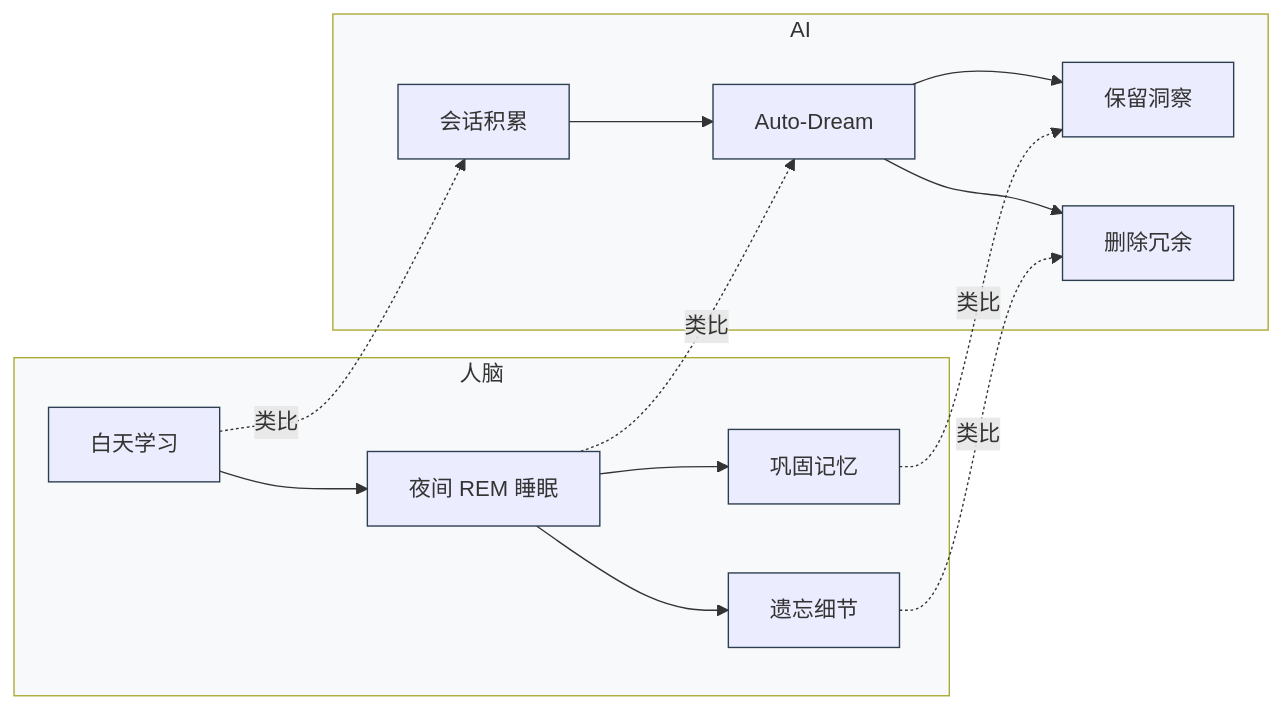
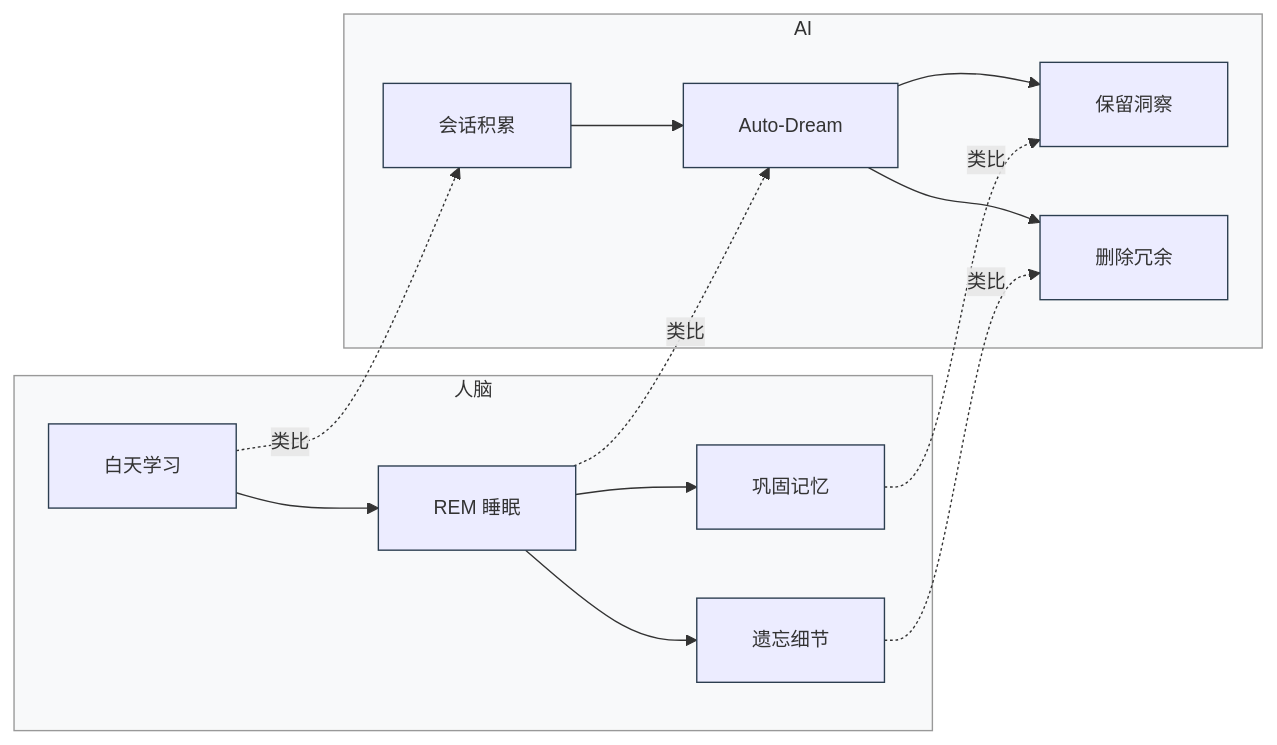
Before and after one commit to yufengyuanx/blog: the first of 11 diagrams in docs/research/claude-code-auto-dream.md, drawn with Mermaid. The commit also changed other lines of this file, not shown here.

Commit message:
fix: 优化所有 Mermaid 图表文字显示（减小字体 + 简化文字 + 自动换行）

````diff
--- a/docs/research/claude-code-auto-dream.md
+++ b/docs/research/claude-code-auto-dream.md
@@ -19,20 +19,20 @@
 ```mermaid
-%%{init: {'theme': 'default', 'themeVariables': { 'fontSize': '16px', 'nodeBorder': '#2c3e50', 'clusterBkg': '#f8f9fa' }}}%%
+%%{init: {'theme': 'default', 'themeVariables': { 'fontSize': '14px', 'nodeBorder': '#2c3e50', 'clusterBkg': '#f8f9fa', 'nodeTextMargin': 4, 'clusterBorder': '#999' }, 'flowchart': { 'curve': 'basis', 'padding': 20 }}}%%
 graph LR
     subgraph 人脑
-        A1[白天学习] --> A2[夜间 REM 睡眠]
+        A1[白天学习] --> A2[REM 睡眠]
         A2 --> A3[巩固记忆]
         A2 --> A4[遗忘细节]
     end
     
     subgraph AI
         B1[会话积累] --> B2[Auto-Dream]
         B2 --> B3[保留洞察]
         B2 --> B4[删除冗余]
     end
     
     A1 -.->|类比 | B1
     A2 -.->|类比 | B2
     A3 -.->|类比 | B3
     A4 -.->|类比 | B4
 ```
````
